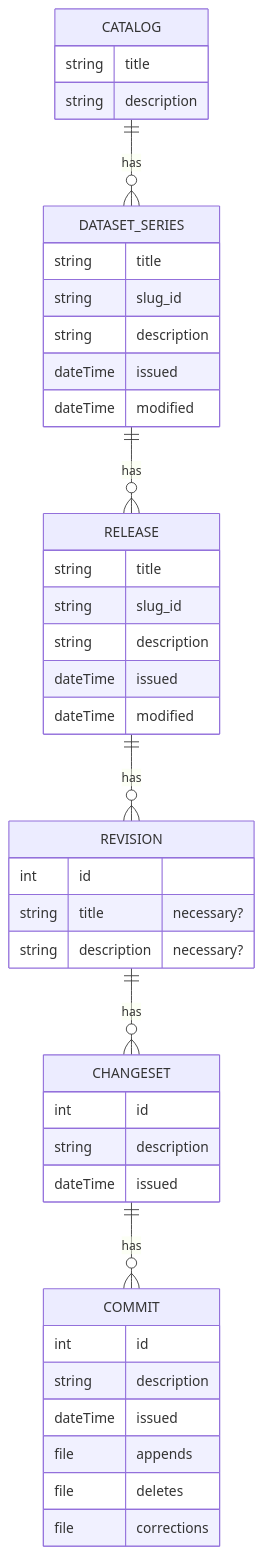
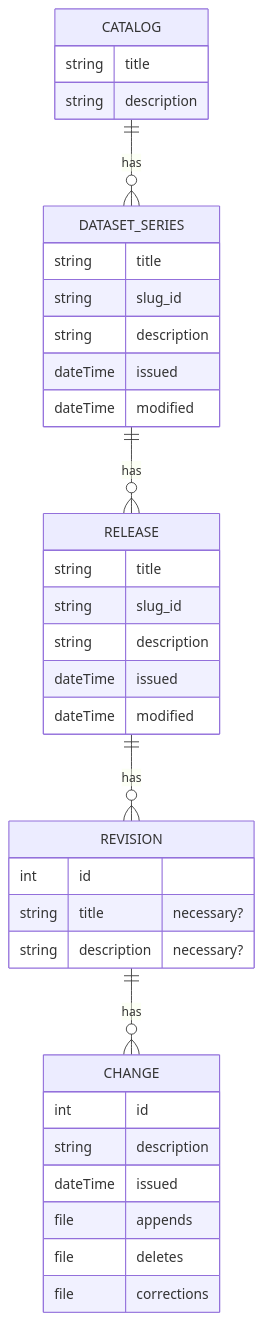
Before and after one commit to Swirrl/datahost-prototypes: the diagram in doc/data-model.md, drawn with Mermaid.

Commit message:
update model entities to remove commits

````diff
--- a/doc/data-model.md
+++ b/doc/data-model.md
@@ -1,52 +1,45 @@
 ```mermaid
 erDiagram
     CATALOG ||--o{ DATASET_SERIES : has
 
-    CATALOG { 
-        string title 
+    CATALOG {
+        string title
         string description
     }
 
-    DATASET_SERIES { 
-        string title 
+    DATASET_SERIES {
+        string title
         string slug_id
         string description
         dateTime issued
         dateTime modified
     }
 
-    RELEASE { 
-        string title 
+    RELEASE {
+        string title
         string slug_id
         string description
         dateTime issued
         dateTime modified
     }
 
-    REVISION { 
-        int id 
+    REVISION {
+        int id
         string title "necessary?"
         string description "necessary?"
     }
 
-    CHANGESET { 
-        int id 
-        string description
-        dateTime issued
-    }
-
-    COMMIT { 
-        int id 
+    CHANGE {
+        int id
         string description
         dateTime issued
         file appends
         file deletes
         file corrections
     }
 
     DATASET_SERIES ||--o{ RELEASE : has
     RELEASE ||--o{ REVISION : has
-    REVISION ||--o{ CHANGESET : has
-    CHANGESET ||--o{ COMMIT : has 
+    REVISION ||--o{ CHANGE : has
 
 ```
````
